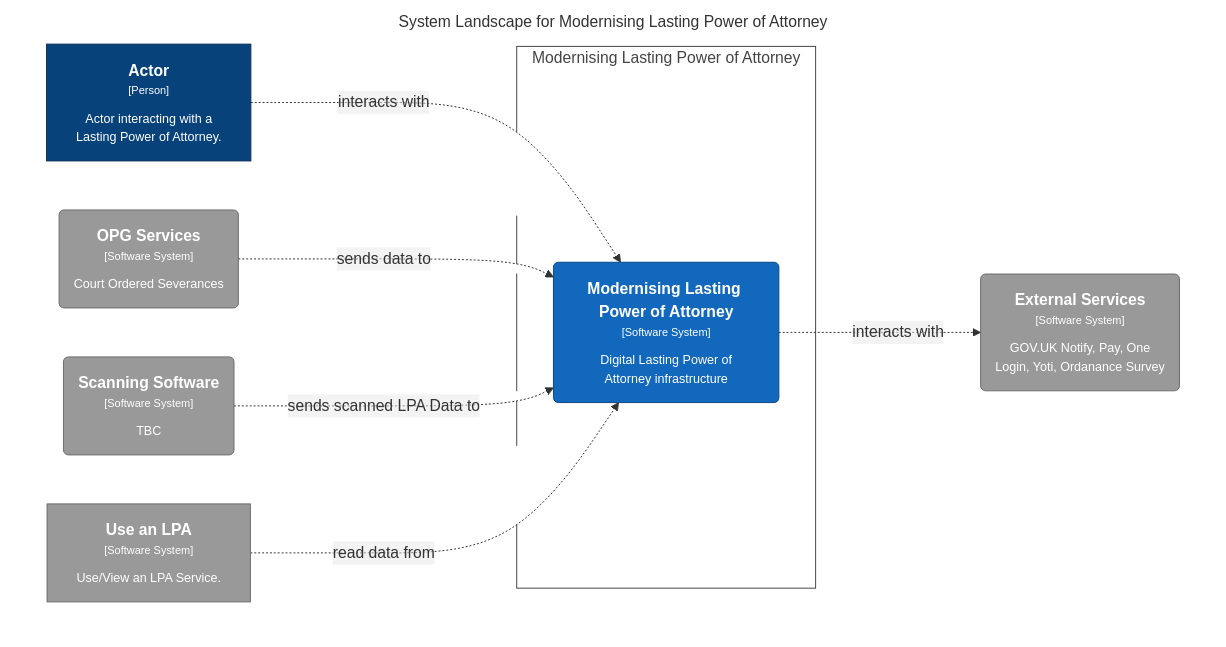
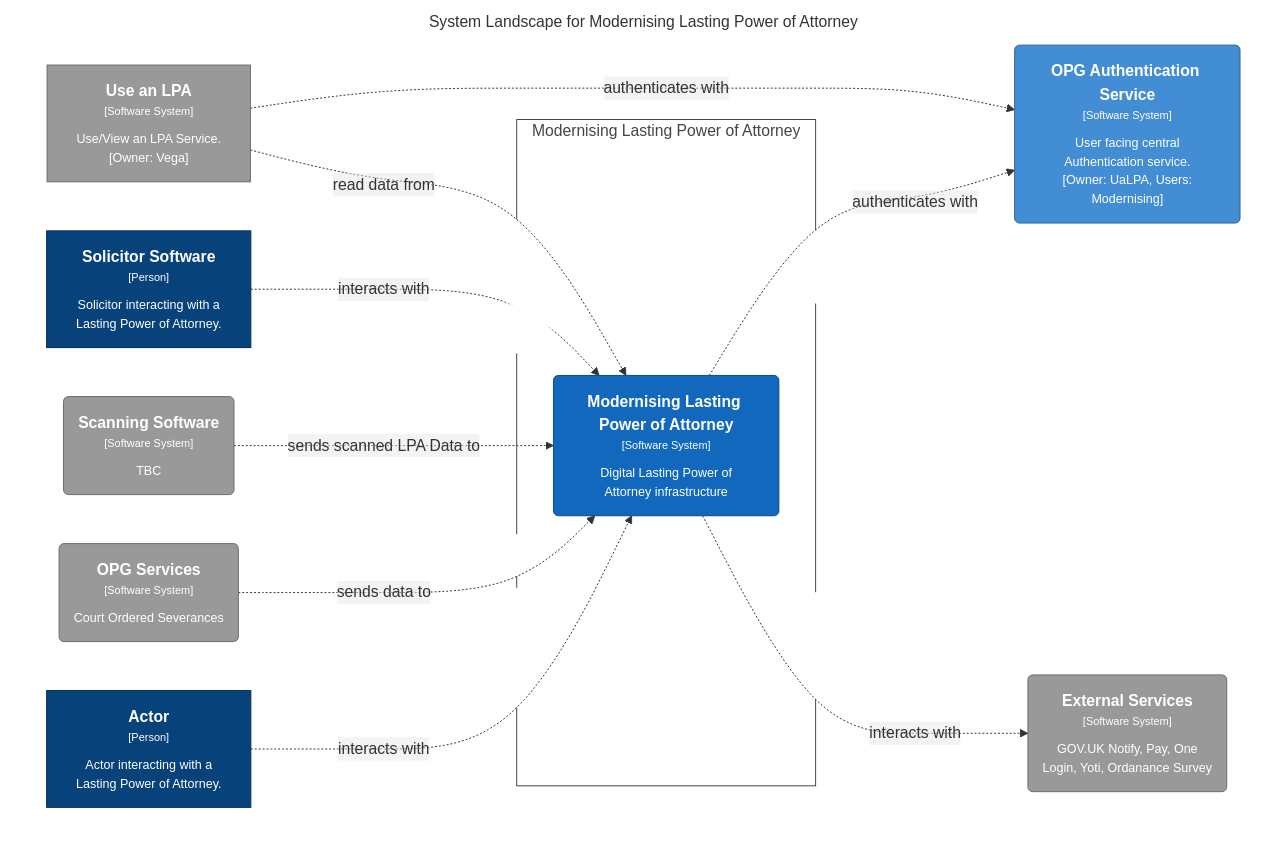
Before and after one commit to ministryofjustice/opg-modernising-lpa: the diagram in docs/architecture/dsl/mlpa/structurizr-1-SystemLandscape.mmd, drawn with Mermaid. The commit also changed 7 other files, not shown here.

```diff
--- a/docs/architecture/dsl/mlpa/structurizr-1-SystemLandscape.mmd
+++ b/docs/architecture/dsl/mlpa/structurizr-1-SystemLandscape.mmd
@@ -1,30 +1,37 @@
 graph TB
   linkStyle default fill:#ffffff
 
   subgraph diagram [System Landscape for Modernising Lasting Power of Attorney]
     style diagram fill:#ffffff,stroke:#ffffff
 
     subgraph enterprise [Modernising Lasting Power of Attorney]
       style enterprise fill:#ffffff,stroke:#444444,color:#444444
 
-      2("<div style='font-weight: bold'>Modernising Lasting Power of Attorney</div><div style='font-size: 70%; margin-top: 0px'>[Software System]</div><div style='font-size: 80%; margin-top:10px'>Digital Lasting Power of<br />Attorney infrastructure</div>")
-      style 2 fill:#1168bd,stroke:#0b4884,color:#ffffff
+      3("<div style='font-weight: bold'>Modernising Lasting Power of Attorney</div><div style='font-size: 70%; margin-top: 0px'>[Software System]</div><div style='font-size: 80%; margin-top:10px'>Digital Lasting Power of<br />Attorney infrastructure</div>")
+      style 3 fill:#1168bd,stroke:#0b4884,color:#ffffff
     end
 
     1["<div style='font-weight: bold'>Actor</div><div style='font-size: 70%; margin-top: 0px'>[Person]</div><div style='font-size: 80%; margin-top:10px'>Actor interacting with a<br />Lasting Power of Attorney.</div>"]
     style 1 fill:#08427b,stroke:#052e56,color:#ffffff
-    29("<div style='font-weight: bold'>External Services</div><div style='font-size: 70%; margin-top: 0px'>[Software System]</div><div style='font-size: 80%; margin-top:10px'>GOV.UK Notify, Pay, One<br />Login, Yoti, Ordanance Survey</div>")
-    style 29 fill:#999999,stroke:#6b6b6b,color:#ffffff
-    30("<div style='font-weight: bold'>OPG Services</div><div style='font-size: 70%; margin-top: 0px'>[Software System]</div><div style='font-size: 80%; margin-top:10px'>Court Ordered Severances</div>")
-    style 30 fill:#999999,stroke:#6b6b6b,color:#ffffff
-    31("<div style='font-weight: bold'>Scanning Software</div><div style='font-size: 70%; margin-top: 0px'>[Software System]</div><div style='font-size: 80%; margin-top:10px'>TBC</div>")
-    style 31 fill:#999999,stroke:#6b6b6b,color:#ffffff
-    32["<div style='font-weight: bold'>Use an LPA</div><div style='font-size: 70%; margin-top: 0px'>[Software System]</div><div style='font-size: 80%; margin-top:10px'>Use/View an LPA Service.</div>"]
-    style 32 fill:#999999,stroke:#6b6b6b,color:#ffffff
+    2["<div style='font-weight: bold'>Solicitor Software</div><div style='font-size: 70%; margin-top: 0px'>[Person]</div><div style='font-size: 80%; margin-top:10px'>Solicitor interacting with a<br />Lasting Power of Attorney.</div>"]
+    style 2 fill:#08427b,stroke:#052e56,color:#ffffff
+    32("<div style='font-weight: bold'>OPG Authentication Service</div><div style='font-size: 70%; margin-top: 0px'>[Software System]</div><div style='font-size: 80%; margin-top:10px'>User facing central<br />Authentication service.<br />[Owner: UaLPA, Users:<br />Modernising]</div>")
+    style 32 fill:#438dd5,stroke:#2e6295,color:#ffffff
+    33("<div style='font-weight: bold'>External Services</div><div style='font-size: 70%; margin-top: 0px'>[Software System]</div><div style='font-size: 80%; margin-top:10px'>GOV.UK Notify, Pay, One<br />Login, Yoti, Ordanance Survey</div>")
+    style 33 fill:#999999,stroke:#6b6b6b,color:#ffffff
+    34("<div style='font-weight: bold'>OPG Services</div><div style='font-size: 70%; margin-top: 0px'>[Software System]</div><div style='font-size: 80%; margin-top:10px'>Court Ordered Severances</div>")
+    style 34 fill:#999999,stroke:#6b6b6b,color:#ffffff
+    35("<div style='font-weight: bold'>Scanning Software</div><div style='font-size: 70%; margin-top: 0px'>[Software System]</div><div style='font-size: 80%; margin-top:10px'>TBC</div>")
+    style 35 fill:#999999,stroke:#6b6b6b,color:#ffffff
+    36["<div style='font-weight: bold'>Use an LPA</div><div style='font-size: 70%; margin-top: 0px'>[Software System]</div><div style='font-size: 80%; margin-top:10px'>Use/View an LPA Service.<br />[Owner: Vega]</div>"]
+    style 36 fill:#999999,stroke:#6b6b6b,color:#ffffff
 
-    1-. "<div>interacts with</div><div style='font-size: 70%'></div>" .->2
-    2-. "<div>interacts with</div><div style='font-size: 70%'></div>" .->29
-    30-. "<div>sends data to</div><div style='font-size: 70%'></div>" .->2
-    31-. "<div>sends scanned LPA Data to</div><div style='font-size: 70%'></div>" .->2
-    32-. "<div>read data from</div><div style='font-size: 70%'></div>" .->2
+    1-. "<div>interacts with</div><div style='font-size: 70%'></div>" .->3
+    3-. "<div>interacts with</div><div style='font-size: 70%'></div>" .->33
+    34-. "<div>sends data to</div><div style='font-size: 70%'></div>" .->3
+    35-. "<div>sends scanned LPA Data to</div><div style='font-size: 70%'></div>" .->3
+    2-. "<div>interacts with</div><div style='font-size: 70%'></div>" .->3
+    3-. "<div>authenticates with</div><div style='font-size: 70%'></div>" .->32
+    36-. "<div>authenticates with</div><div style='font-size: 70%'></div>" .->32
+    36-. "<div>read data from</div><div style='font-size: 70%'></div>" .->3
   end
```
